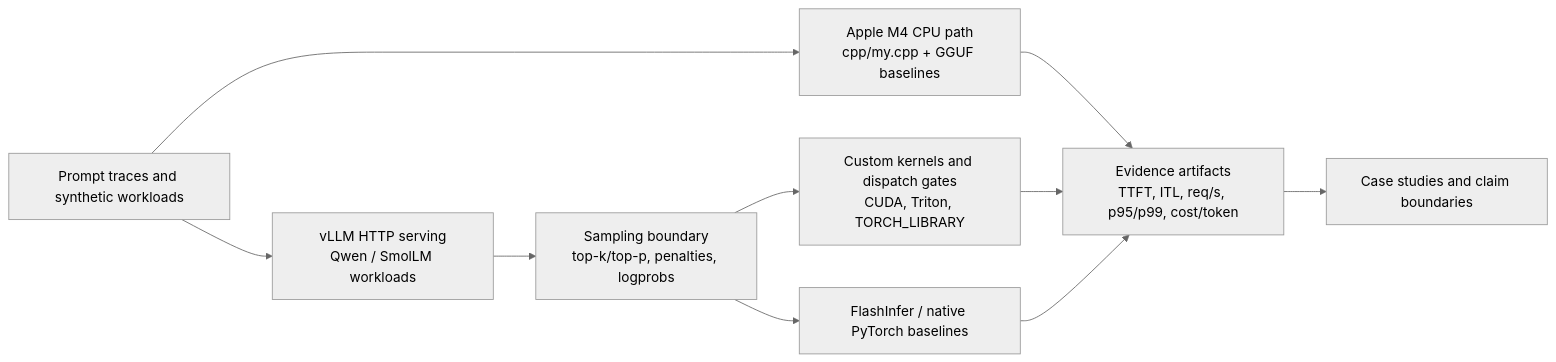
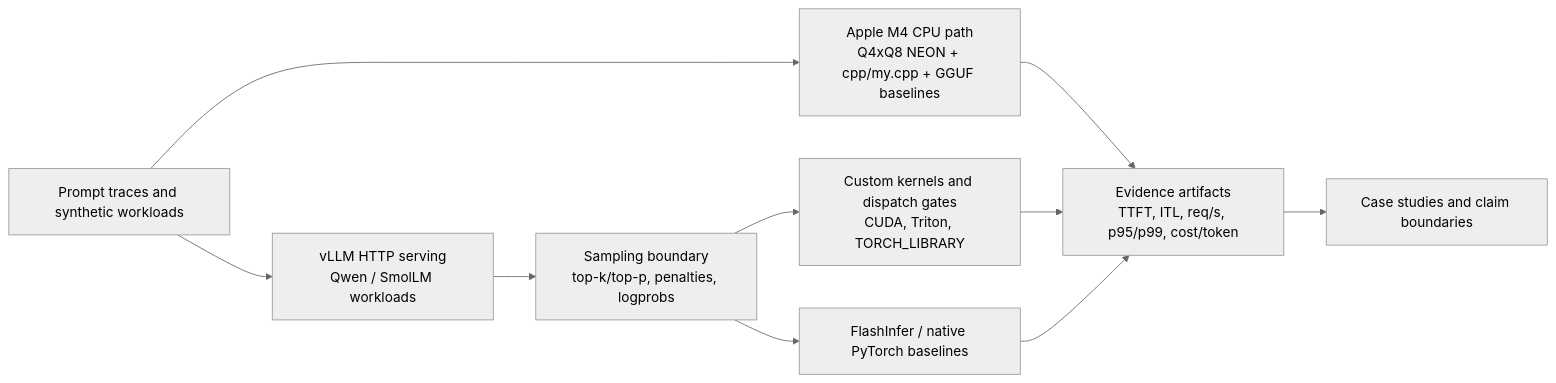
Before and after one commit to Kevin-Li-2025/single-gpu-inference-lab: the diagram in README.md, drawn with Mermaid (neutral theme). The commit also changed other lines of this file and 10 other files, not shown here.

````diff
--- a/README.md
+++ b/README.md
@@ -20,21 +20,21 @@
 ```mermaid
 flowchart LR
     Prompts["Prompt traces and synthetic workloads"]
-    CPU["Apple M4 CPU path\ncpp/my.cpp + GGUF baselines"]
+    CPU["Apple M4 CPU path\nQ4xQ8 NEON + cpp/my.cpp + GGUF baselines"]
     VLLM["vLLM HTTP serving\nQwen / SmolLM workloads"]
     Sampler["Sampling boundary\ntop-k/top-p, penalties, logprobs"]
     Kernels["Custom kernels and dispatch gates\nCUDA, Triton, TORCH_LIBRARY"]
     FlashInfer["FlashInfer / native PyTorch baselines"]
     Metrics["Evidence artifacts\nTTFT, ITL, req/s, p95/p99, cost/token"]
     Docs["Case studies and claim boundaries"]
 
     Prompts --> CPU
     Prompts --> VLLM
     CPU --> Metrics
     VLLM --> Sampler
     Sampler --> Kernels
     Sampler --> FlashInfer
     Kernels --> Metrics
     FlashInfer --> Metrics
     Metrics --> Docs
 ```
````
